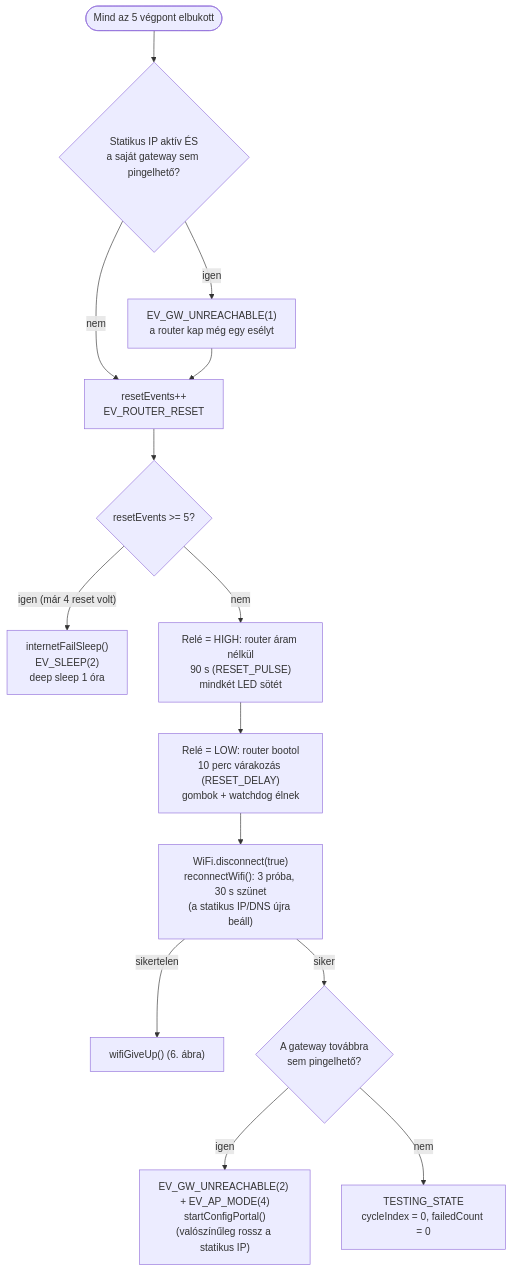
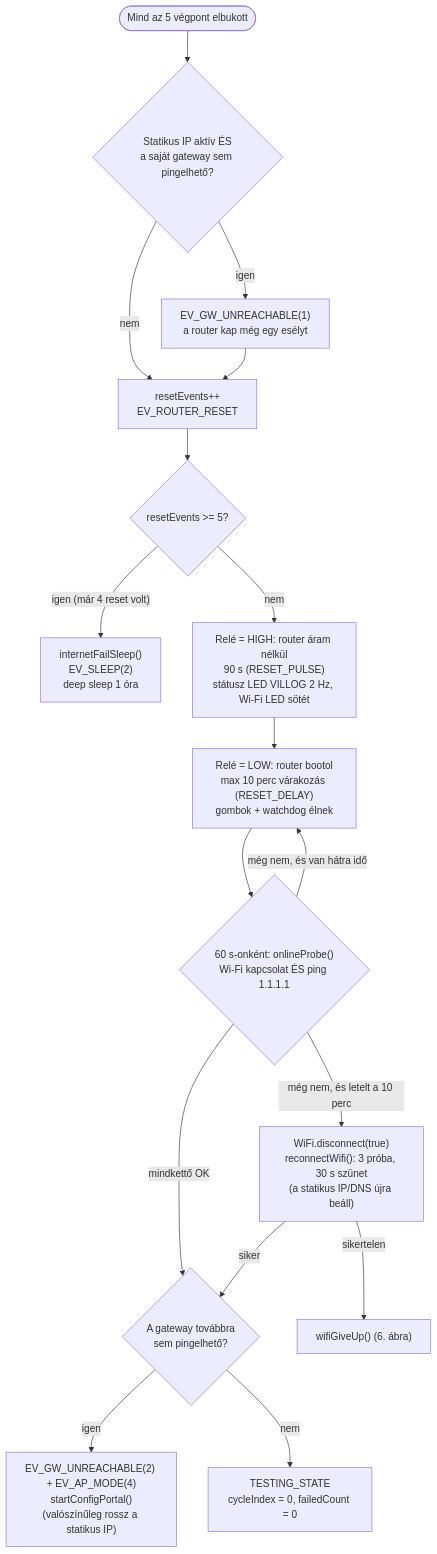
Before and after one commit to manszabi/bazsi-router-reboot: the fifth of 9 diagrams in FOLYAMATABRA.md, drawn with Mermaid. The commit also changed other lines of this file and 3 other files, not shown here.

First line of the commit message:
Korai kilepes a hosszu varakozasokbol + AP/reset LED-jelzes

````diff
--- a/FOLYAMATABRA.md
+++ b/FOLYAMATABRA.md
@@ -152,16 +157,19 @@
 ```mermaid
 flowchart TD
     IN([Mind az 5 végpont elbukott]) --> GW1{"Statikus IP aktív ÉS<br>a saját gateway sem pingelhető?"}
     GW1 -->|igen| GWL["EV_GW_UNREACHABLE(1)<br>a router kap még egy esélyt"]
     GW1 -->|nem| CNT
     GWL --> CNT["resetEvents++<br>EV_ROUTER_RESET"]
     CNT --> MX{"resetEvents >= 5?"}
     MX -->|"igen (már 4 reset volt)"| NFS["internetFailSleep()<br>EV_SLEEP(2)<br>deep sleep 1 óra"]
-    MX -->|nem| P1["Relé = HIGH: router áram nélkül<br>90 s (RESET_PULSE)<br>mindkét LED sötét"]
-    P1 --> P2["Relé = LOW: router bootol<br>10 perc várakozás (RESET_DELAY)<br>gombok + watchdog élnek"]
-    P2 --> P3["WiFi.disconnect(true)<br>reconnectWifi(): 3 próba, 30 s szünet<br>(a statikus IP/DNS újra beáll)"]
+    MX -->|nem| P1["Relé = HIGH: router áram nélkül<br>90 s (RESET_PULSE)<br>státusz LED VILLOG 2 Hz, Wi-Fi LED sötét"]
+    P1 --> P2["Relé = LOW: router bootol<br>max 10 perc várakozás (RESET_DELAY)<br>gombok + watchdog élnek"]
+    P2 --> PRB{"60 s-onként: onlineProbe()<br>Wi-Fi kapcsolat ÉS ping 1.1.1.1"}
+    PRB -->|"mindkettő OK"| GW2
+    PRB -->|"még nem, és letelt a 10 perc"| P3["WiFi.disconnect(true)<br>reconnectWifi(): 3 próba, 30 s szünet<br>(a statikus IP/DNS újra beáll)"]
+    PRB -->|"még nem, és van hátra idő"| P2
     P3 -->|sikertelen| GU["wifiGiveUp() (6. ábra)"]
     P3 -->|siker| GW2{"A gateway továbbra<br>sem pingelhető?"}
     GW2 -->|igen| APX["EV_GW_UNREACHABLE(2) + EV_AP_MODE(4)<br>startConfigPortal()<br>(valószínűleg rossz a statikus IP)"]
     GW2 -->|nem| OK["TESTING_STATE<br>cycleIndex = 0, failedCount = 0"]
 ```
````
